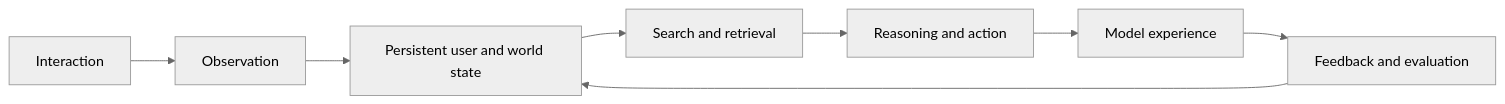
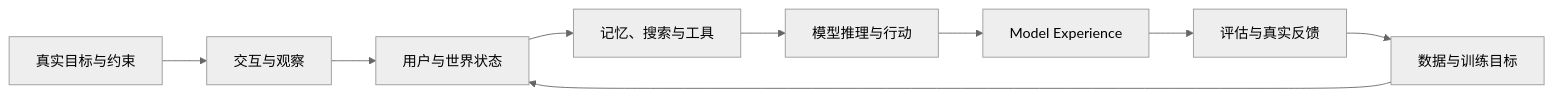
The diagram in README.md (tianyi-zhang-02/cooking-agi), drawn with Mermaid (neutral theme) before and after one commit. The commit also changed other lines of this file and 17 other files, not shown here.

````diff
--- a/README.md
+++ b/README.md
@@ -11,10 +13,11 @@
 ```mermaid
 flowchart LR
-    A[Interaction] --> B[Observation]
-    B --> C[Persistent user and world state]
-    C --> D[Search and retrieval]
-    D --> E[Reasoning and action]
-    E --> F[Model experience]
-    F --> G[Feedback and evaluation]
-    G --> C
+    A[真实目标与约束] --> B[交互与观察]
+    B --> C[用户与世界状态]
+    C --> D[记忆、搜索与工具]
+    D --> E[模型推理与行动]
+    E --> F[Model Experience]
+    F --> G[评估与真实反馈]
+    G --> H[数据与训练目标]
+    H --> C
 ```
````
